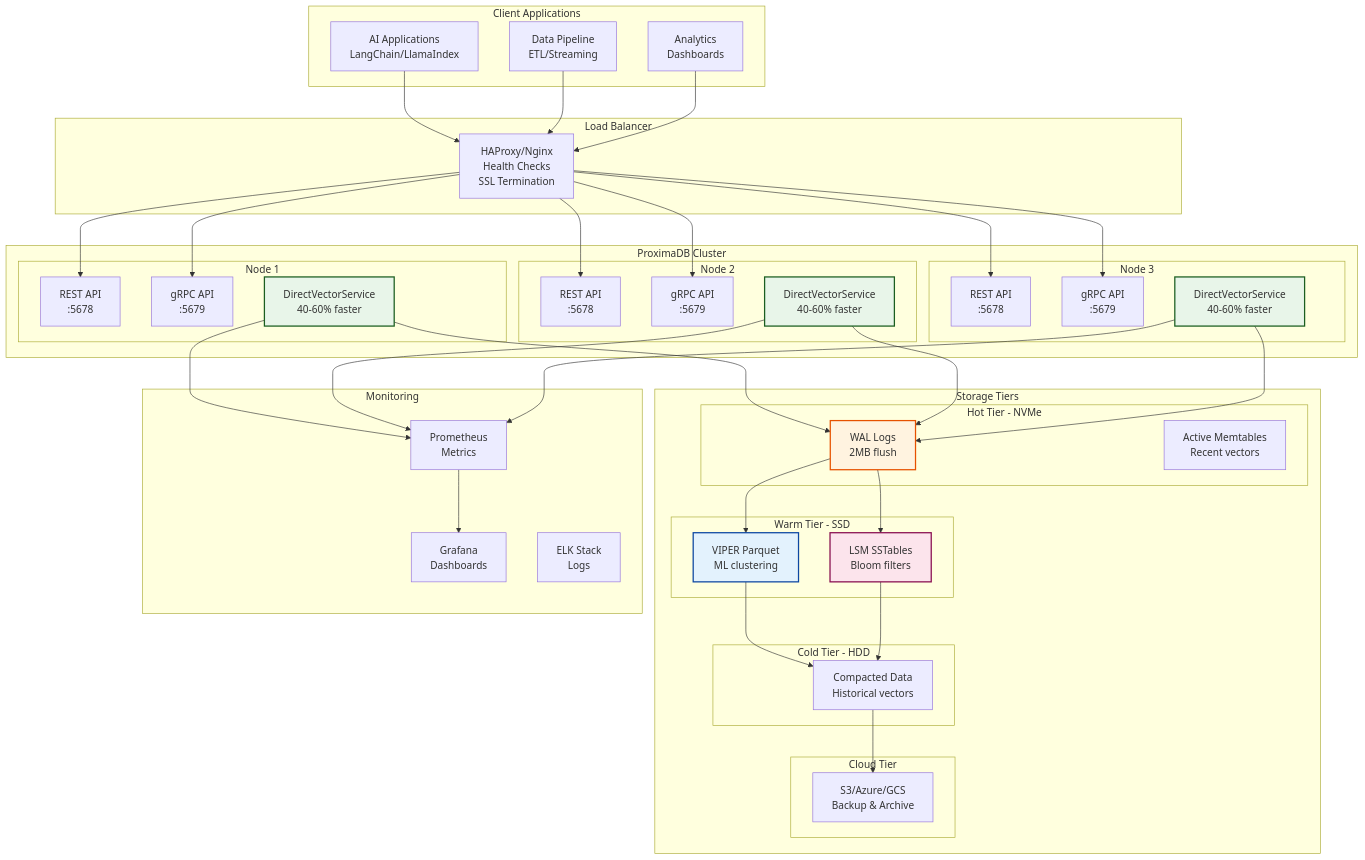
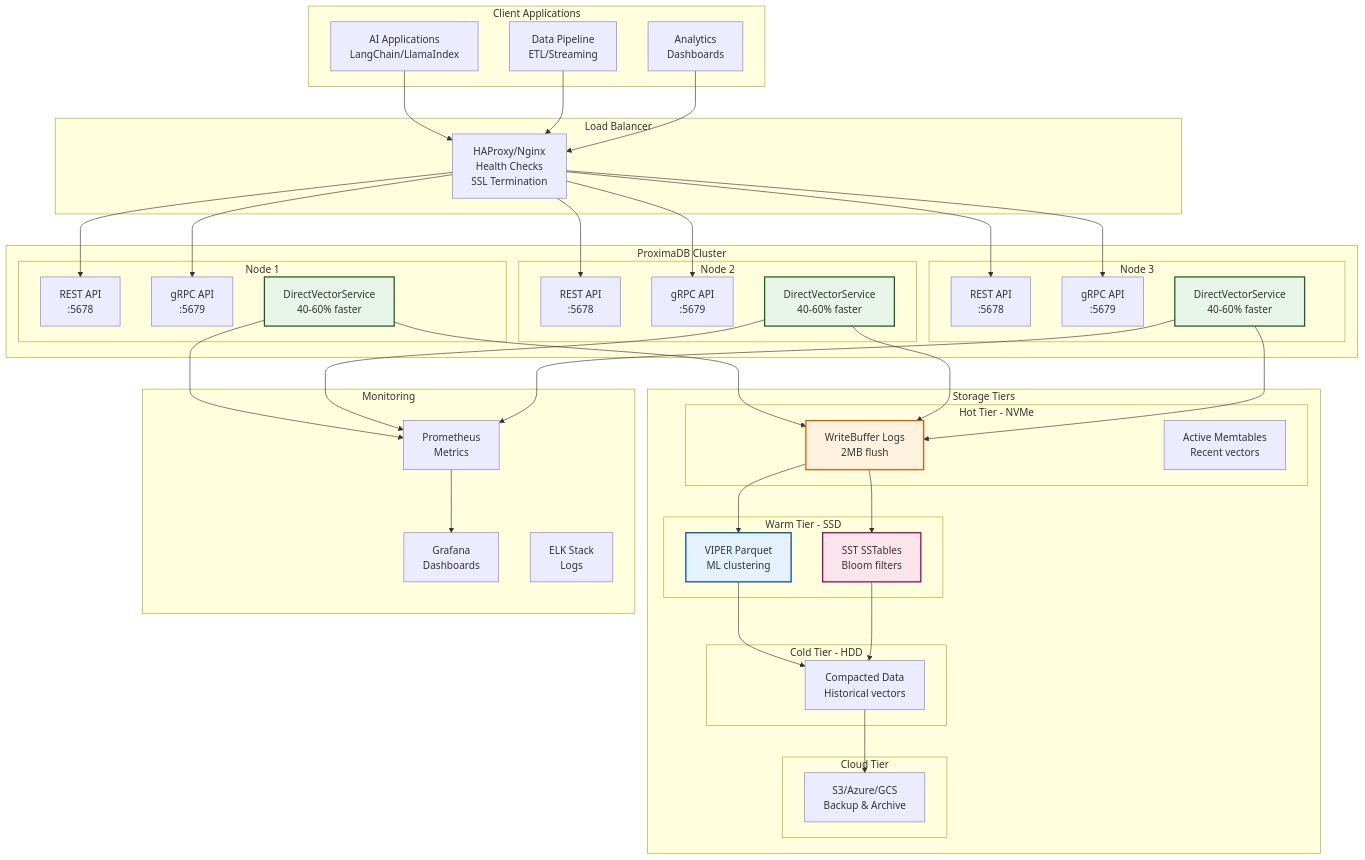
The diagram in docs/diagrams/deployment-architecture.mmd (vjsingh1984/proximaDB), drawn with Mermaid before and after one commit. The commit also changed 60 other files, not shown here.

```diff
--- a/docs/diagrams/deployment-architecture.mmd
+++ b/docs/diagrams/deployment-architecture.mmd
@@ -1,92 +1,92 @@
 graph TB
     subgraph "Client Applications"
         APP1[AI Applications<br/>LangChain/LlamaIndex]
         APP2[Data Pipeline<br/>ETL/Streaming]
         APP3[Analytics<br/>Dashboards]
     end
     
     subgraph "Load Balancer"
         LB[HAProxy/Nginx<br/>Health Checks<br/>SSL Termination]
     end
     
     subgraph "ProximaDB Cluster"
         subgraph "Node 1"
             REST1[REST API<br/>:5678]
             GRPC1[gRPC API<br/>:5679]
             DVS1[DirectVectorService<br/>40-60% faster]
         end
         
         subgraph "Node 2"
             REST2[REST API<br/>:5678]
             GRPC2[gRPC API<br/>:5679]
             DVS2[DirectVectorService<br/>40-60% faster]
         end
         
         subgraph "Node 3"
             REST3[REST API<br/>:5678]
             GRPC3[gRPC API<br/>:5679]
             DVS3[DirectVectorService<br/>40-60% faster]
         end
     end
     
     subgraph "Storage Tiers"
         subgraph "Hot Tier - NVMe"
-            WAL[WAL Logs<br/>2MB flush]
+            WriteBuffer[WriteBuffer Logs<br/>2MB flush]
             MEM[Active Memtables<br/>Recent vectors]
         end
         
         subgraph "Warm Tier - SSD"
             VIPER[VIPER Parquet<br/>ML clustering]
-            LSM[LSM SSTables<br/>Bloom filters]
+            SST[SST SSTables<br/>Bloom filters]
         end
         
         subgraph "Cold Tier - HDD"
             COMPACT[Compacted Data<br/>Historical vectors]
         end
         
         subgraph "Cloud Tier"
             S3[S3/Azure/GCS<br/>Backup & Archive]
         end
     end
     
     subgraph "Monitoring"
         PROM[Prometheus<br/>Metrics]
         GRAF[Grafana<br/>Dashboards]
         LOG[ELK Stack<br/>Logs]
     end
     
     APP1 --> LB
     APP2 --> LB
     APP3 --> LB
     
     LB --> REST1
     LB --> REST2
     LB --> REST3
     LB --> GRPC1
     LB --> GRPC2
     LB --> GRPC3
     
-    DVS1 --> WAL
-    DVS2 --> WAL
-    DVS3 --> WAL
+    DVS1 --> WriteBuffer
+    DVS2 --> WriteBuffer
+    DVS3 --> WriteBuffer
     
-    WAL --> VIPER
-    WAL --> LSM
+    WriteBuffer --> VIPER
+    WriteBuffer --> SST
     
     VIPER --> COMPACT
-    LSM --> COMPACT
+    SST --> COMPACT
     
     COMPACT --> S3
     
     DVS1 --> PROM
     DVS2 --> PROM
     DVS3 --> PROM
     
     PROM --> GRAF
     
     style DVS1 fill:#e8f5e9,stroke:#1b5e20,stroke-width:2px
     style DVS2 fill:#e8f5e9,stroke:#1b5e20,stroke-width:2px
     style DVS3 fill:#e8f5e9,stroke:#1b5e20,stroke-width:2px
-    style WAL fill:#fff3e0,stroke:#e65100,stroke-width:2px
+    style WriteBuffer fill:#fff3e0,stroke:#e65100,stroke-width:2px
     style VIPER fill:#e3f2fd,stroke:#0d47a1,stroke-width:2px
-    style LSM fill:#fce4ec,stroke:#880e4f,stroke-width:2px
+    style SST fill:#fce4ec,stroke:#880e4f,stroke-width:2px
```
